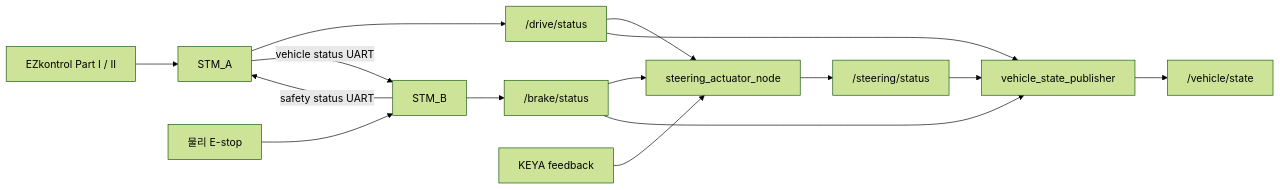
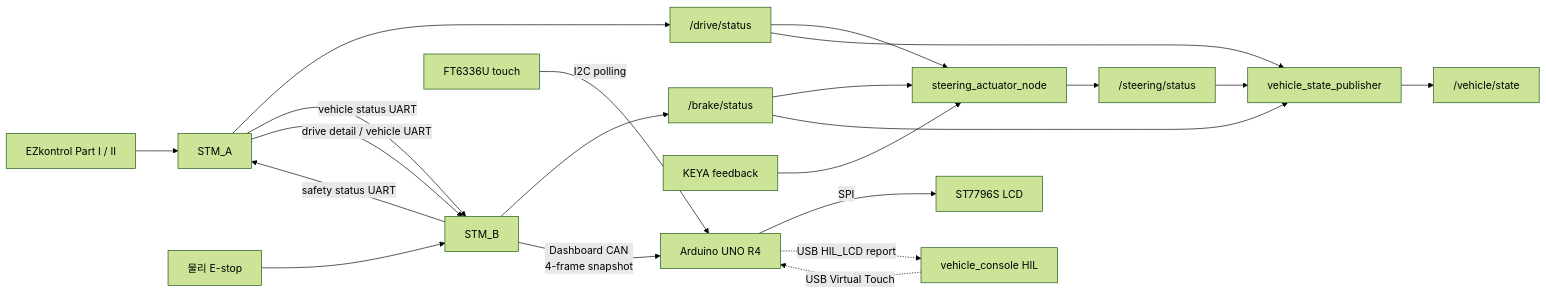
Before and after one commit to shinjuyeop/Control: the second of 2 diagrams in docs/ARCHITECTURE.md, drawn with Mermaid (forest theme). The commit also changed other lines of this file and 10 other files, not shown here.

First line of the commit message:
docs: align system contracts with Console and Arduino HMI

````diff
--- a/docs/ARCHITECTURE.md
+++ b/docs/ARCHITECTURE.md
@@ -172,17 +204,23 @@
 ```mermaid
 flowchart LR
     EZ["EZkontrol Part I / II"] --> A["STM_A"]
     A --> DS["/drive/status"]
     A -->|"vehicle status UART"| B["STM_B"]
     B -->|"safety status UART"| A
     E["물리 E-stop"] --> B
     B --> BS["/brake/status"]
     K["KEYA feedback"] --> L["steering_actuator_node"]
     DS --> L
     BS --> L
     L --> SS["/steering/status"]
     DS --> F["vehicle_state_publisher"]
     BS --> F
     SS --> F
     F --> VS["/vehicle/state"]
+    A -->|"drive detail / vehicle UART"| B
+    B -->|"Dashboard CAN<br/>4-frame snapshot"| UNO["Arduino UNO R4"]
+    UNO -->|"SPI"| LCD["ST7796S LCD"]
+    Touch["FT6336U touch"] -->|"I2C polling"| UNO
+    HIL["vehicle_console HIL"] -.->|"USB Virtual Touch"| UNO
+    UNO -.->|"USB HIL_LCD report"| HIL
 ```
````
